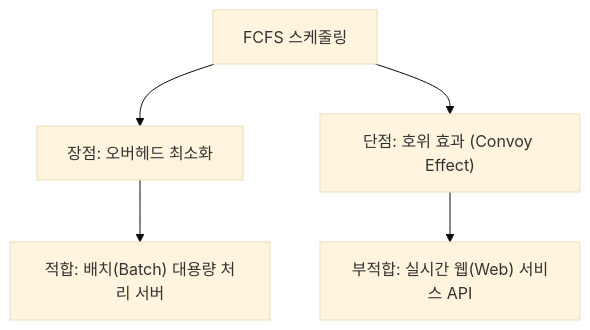
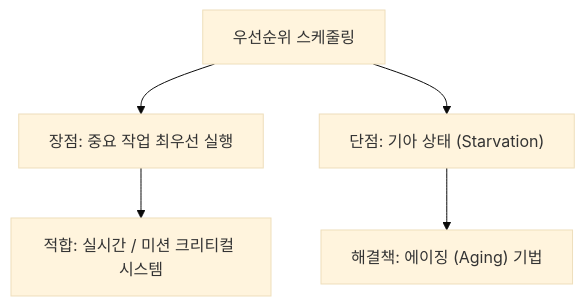
One commit to feelosophysics/check changed the diagram in README.md. Above: the diagram before and after it, drawn with Mermaid (base theme). The commit also changed other lines of this file and 1 other file, not shown here.

Commit message:
fix: FCFS -> Priority

````diff
--- a/README.md
+++ b/README.md
@@ -335,7 +339,7 @@
 ```mermaid
 graph TD
-    FCFS["FCFS 스케줄링"] --> Pros["장점: 오버헤드 최소화"]
-    FCFS --> Cons["단점: 호위 효과 (Convoy Effect)"]
-    Pros --> Batch["적합: 배치(Batch) 대용량 처리 서버"]
-    Cons --> Web["부적합: 실시간 웹(Web) 서비스 API"]
+    Priority["우선순위 스케줄링"] --> Pros["장점: 중요 작업 최우선 실행"]
+    Priority --> Cons["단점: 기아 상태 (Starvation)"]
+    Pros --> Realtime["적합: 실시간 / 미션 크리티컬 시스템"]
+    Cons --> Aging["해결책: 에이징 (Aging) 기법"]
 ```
````
